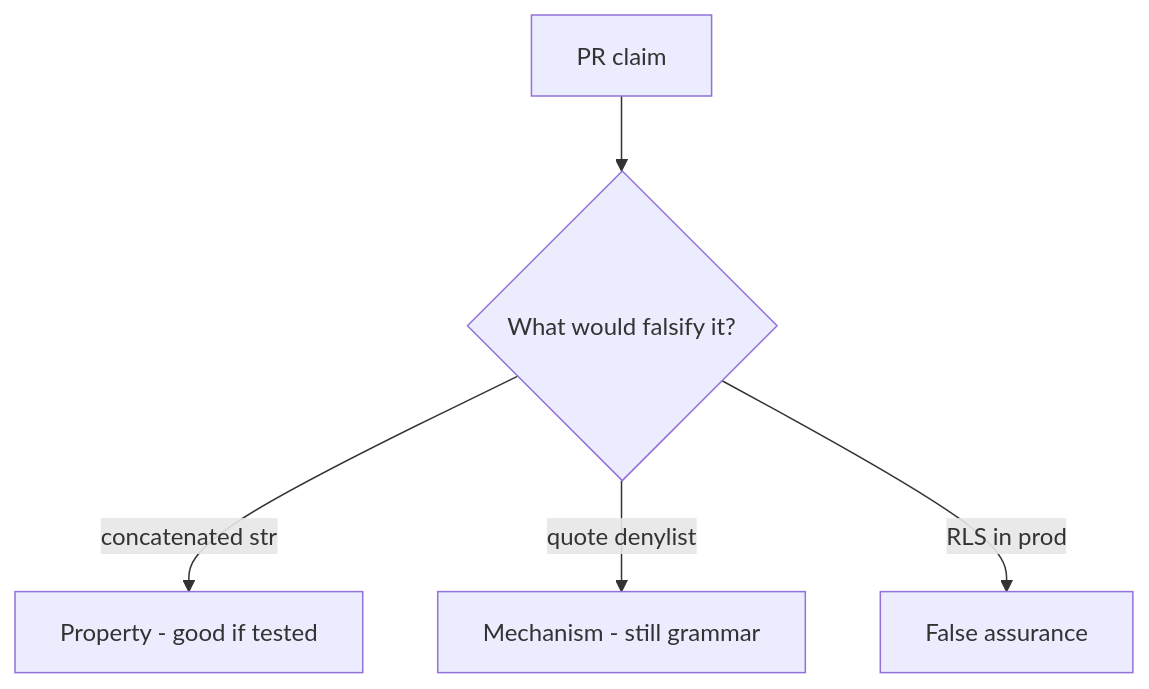
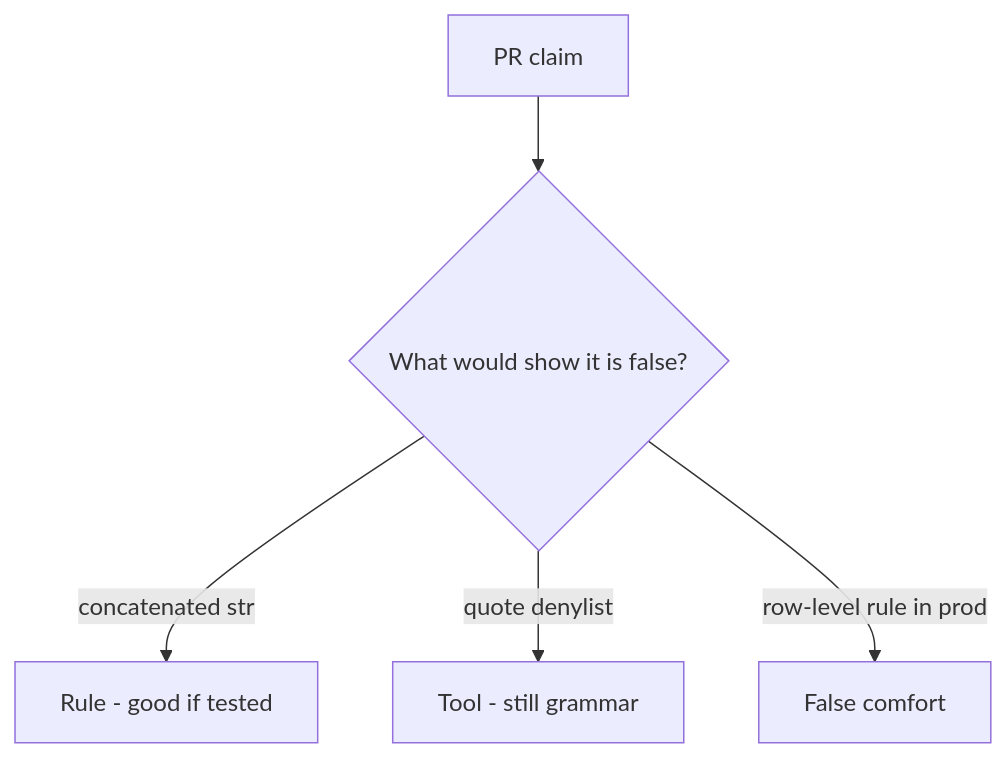
Before and after one commit to ishitvagoel/LearnSecurity: the diagram in content/modules/5/5.5/lessons/08-review.md, drawn with Mermaid. The commit also changed other lines of this file and 39 other files, not shown here.

````diff
--- a/content/modules/5/5.5/lessons/08-review.md
+++ b/content/modules/5/5.5/lessons/08-review.md
@@ -17,7 +18,7 @@
 ```mermaid
 flowchart TD
-  Claim[PR claim] --> Q{"What would falsify it?"}
-  Q -->|"concatenated str"| Property["Property - good if tested"]
-  Q -->|"quote denylist"| Mechanism[Mechanism - still grammar]
-  Q -->|"RLS in prod"| False[False assurance]
+  Claim[PR claim] --> Q{"What would show it is false?"}
+  Q -->|"concatenated str"| Property["Rule - good if tested"]
+  Q -->|"quote denylist"| Mechanism[Tool - still grammar]
+  Q -->|"row-level rule in prod"| False[False comfort]
 ```
````
